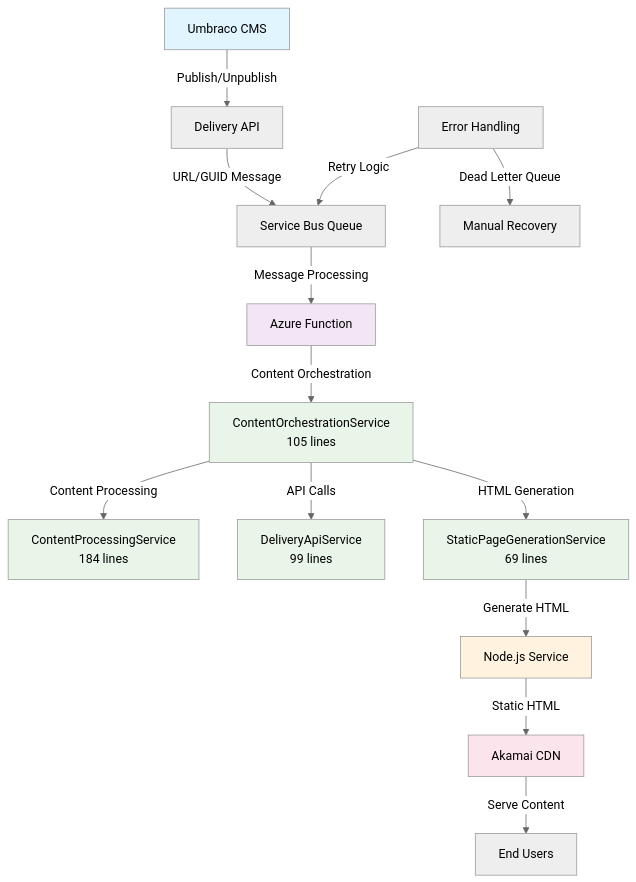
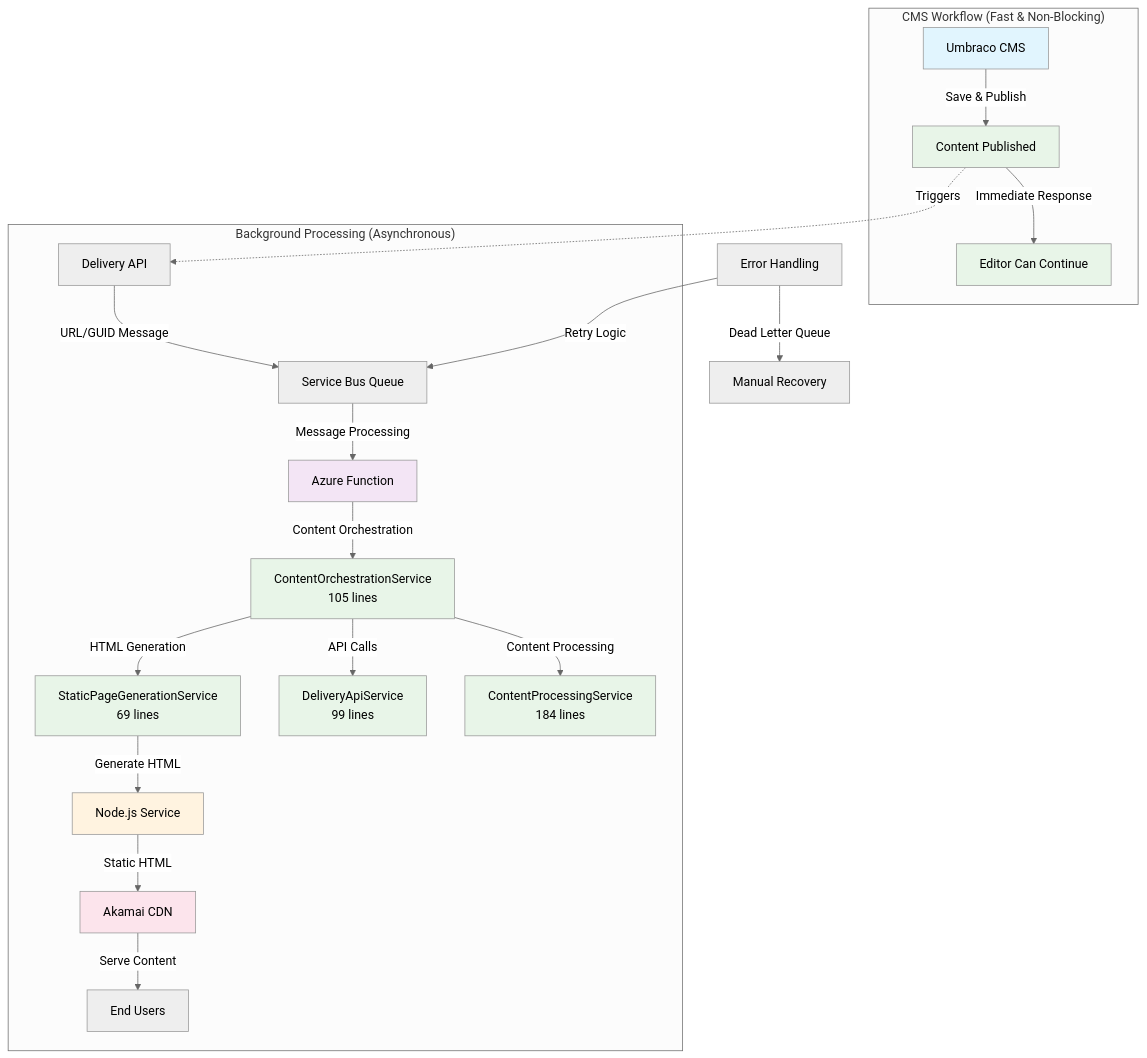
Before and after one commit to amitcohensabban/developer-portfolio: the first of 7 diagrams in projects/backend-projects/static-pages-refactoring/architecture/system-architecture.md, drawn with Mermaid (neutral theme). The commit also changed other lines of this file and 1 other file, not shown here.

First line of the commit message:
feat: Enhance documentation for Static Pages Refactoring project

````diff
--- a/projects/backend-projects/static-pages-refactoring/architecture/system-architecture.md
+++ b/projects/backend-projects/static-pages-refactoring/architecture/system-architecture.md
@@ -10,25 +10,35 @@
 ```mermaid
 graph TD
-    A[Umbraco CMS] -->|Publish/Unpublish| B[Delivery API]
-    B -->|URL/GUID Message| C[Service Bus Queue]
-    C -->|Message Processing| D[Azure Function]
-    D -->|Content Orchestration| E[ContentOrchestrationService<br/>105 lines]
-    E -->|Content Processing| F[ContentProcessingService<br/>184 lines]
-    E -->|API Calls| G[DeliveryApiService<br/>99 lines]
-    E -->|HTML Generation| H[StaticPageGenerationService<br/>69 lines]
-    H -->|Generate HTML| I[Node.js Service]
-    I -->|Static HTML| J[Akamai CDN]
-    J -->|Serve Content| K[End Users]
+    subgraph "CMS Workflow (Fast & Non-Blocking)"
+        A[Umbraco CMS] -->|Save & Publish| B[Content Published]
+        B -->|Immediate Response| C[Editor Can Continue]
+    end
     
-    L[Error Handling] -->|Retry Logic| C
-    L -->|Dead Letter Queue| M[Manual Recovery]
+    subgraph "Background Processing (Asynchronous)"
+        D[Delivery API] -->|URL/GUID Message| E[Service Bus Queue]
+        E -->|Message Processing| F[Azure Function]
+        F -->|Content Orchestration| G[ContentOrchestrationService<br/>105 lines]
+        G -->|Content Processing| H[ContentProcessingService<br/>184 lines]
+        G -->|API Calls| I[DeliveryApiService<br/>99 lines]
+        G -->|HTML Generation| J[StaticPageGenerationService<br/>69 lines]
+        J -->|Generate HTML| K[Node.js Service]
+        K -->|Static HTML| L[Akamai CDN]
+        L -->|Serve Content| M[End Users]
+    end
+    
+    B -.->|Triggers| D
+    
+    N[Error Handling] -->|Retry Logic| E
+    N -->|Dead Letter Queue| O[Manual Recovery]
     
     style A fill:#e1f5fe
-    style D fill:#f3e5f5
-    style E fill:#e8f5e8
-    style F fill:#e8f5e8
+    style B fill:#e8f5e8
+    style C fill:#e8f5e8
+    style F fill:#f3e5f5
     style G fill:#e8f5e8
     style H fill:#e8f5e8
-    style I fill:#fff3e0
-    style J fill:#fce4ec
+    style I fill:#e8f5e8
+    style J fill:#e8f5e8
+    style K fill:#fff3e0
+    style L fill:#fce4ec
 ```
````
